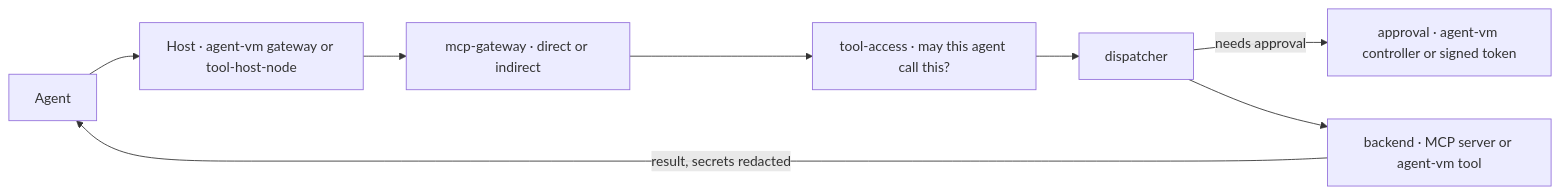
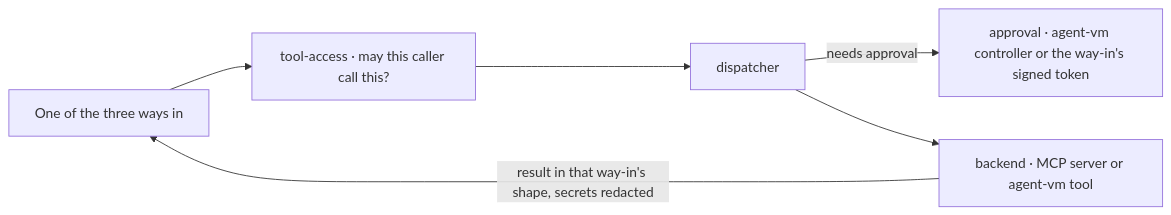
The third of 3 diagrams in docs/specs/2026-10-14-portable-tool-portal-hosts/program-design.md (ShravanSunder/agent-vm), drawn with Mermaid before and after one commit. The commit also changed other lines of this file and 5 other files, not shown here.

First line of the commit message:
Preserve the three ways in, per-entry limits and approval routes

````diff
--- a/docs/specs/2026-10-14-portable-tool-portal-hosts/program-design.md
+++ b/docs/specs/2026-10-14-portable-tool-portal-hosts/program-design.md
@@ -56,10 +68,8 @@
 ```mermaid
 flowchart LR
-  A[Agent] --> H[Host · agent-vm gateway or tool-host-node]
-  H --> G[mcp-gateway · direct or indirect]
-  G --> R[tool-access · may this agent call this?]
+  W[One of the three ways in] --> R[tool-access · may this caller call this?]
   R --> D[dispatcher]
-  D -->|needs approval| P[approval · agent-vm controller or signed token]
+  D -->|needs approval| P[approval · agent-vm controller or the way-in's signed token]
   D --> B[backend · MCP server or agent-vm tool]
-  B -->|result, secrets redacted| A
+  B -->|result in that way-in's shape, secrets redacted| W
 ```
````
